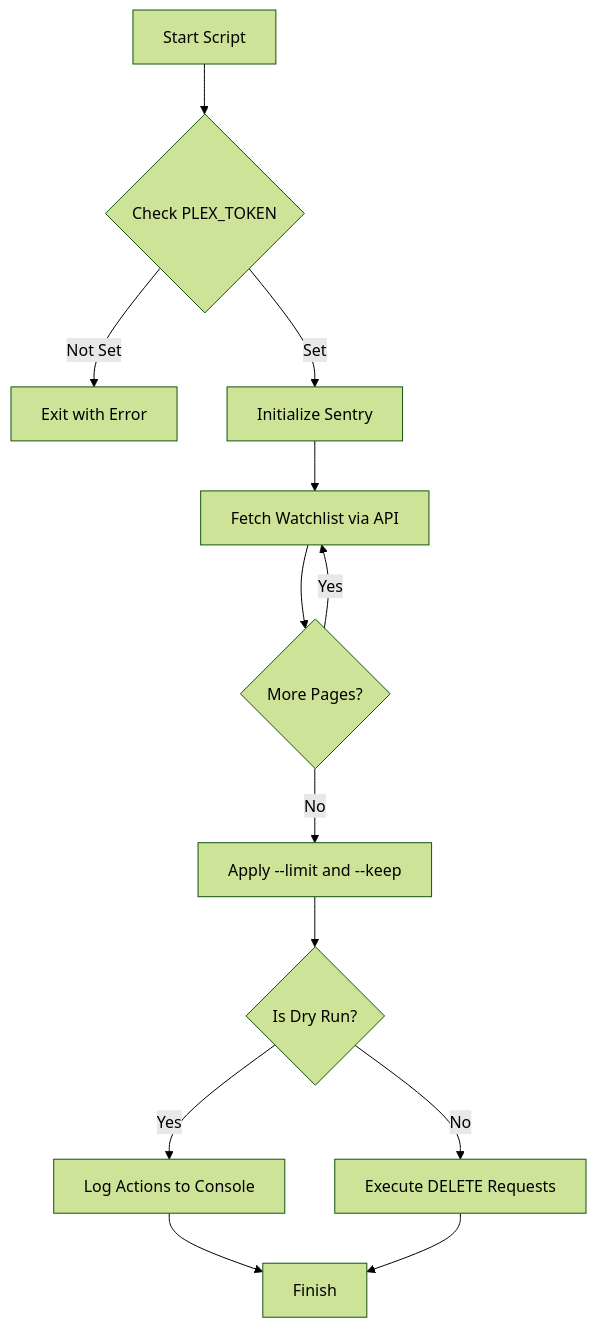
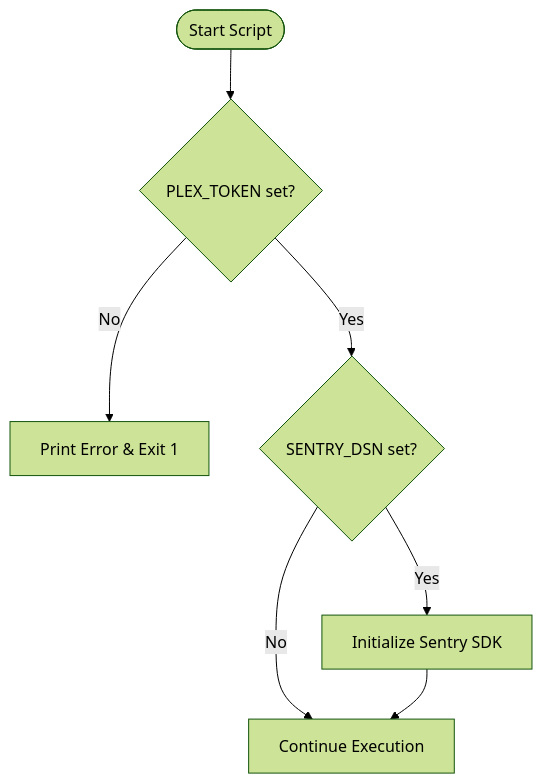
One commit to Avkroken/Docker-idempotent-update changed the first of 2 diagrams in .cubic/wiki/02-sec-setup/01-page-python-setup.md. Above: the diagram before and after it, drawn with Mermaid (forest theme). The commit also changed other lines of this file and 42 other files, not shown here.

````diff
--- a/.cubic/wiki/02-sec-setup/01-page-python-setup.md
+++ b/.cubic/wiki/02-sec-setup/01-page-python-setup.md
@@ -53,15 +53,9 @@
 ```mermaid
 flowchart TD
-    Start[Start Script] --> CheckEnv{Check PLEX_TOKEN}
-    CheckEnv -- Not Set --> Error[Exit with Error]
-    CheckEnv -- Set --> InitSentry[Initialize Sentry]
-    InitSentry --> Fetch[Fetch Watchlist via API]
-    Fetch --> Paginate{More Pages?}
-    Paginate -- Yes --> Fetch
-    Paginate -- No --> Filter[Apply --limit and --keep]
-    Filter --> DryRun{Is Dry Run?}
-    DryRun -- Yes --> LogDry[Log Actions to Console]
-    DryRun -- No --> Delete[Execute DELETE Requests]
-    LogDry --> End[Finish]
-    Delete --> End
+    Start([Start Script]) --> CheckToken{PLEX_TOKEN set?}
+    CheckToken -- No --> Error[Print Error & Exit 1]
+    CheckToken -- Yes --> InitSentry{SENTRY_DSN set?}
+    InitSentry -- Yes --> SentryOn[Initialize Sentry SDK]
+    InitSentry -- No --> Continue[Continue Execution]
+    SentryOn --> Continue
 ```
````
